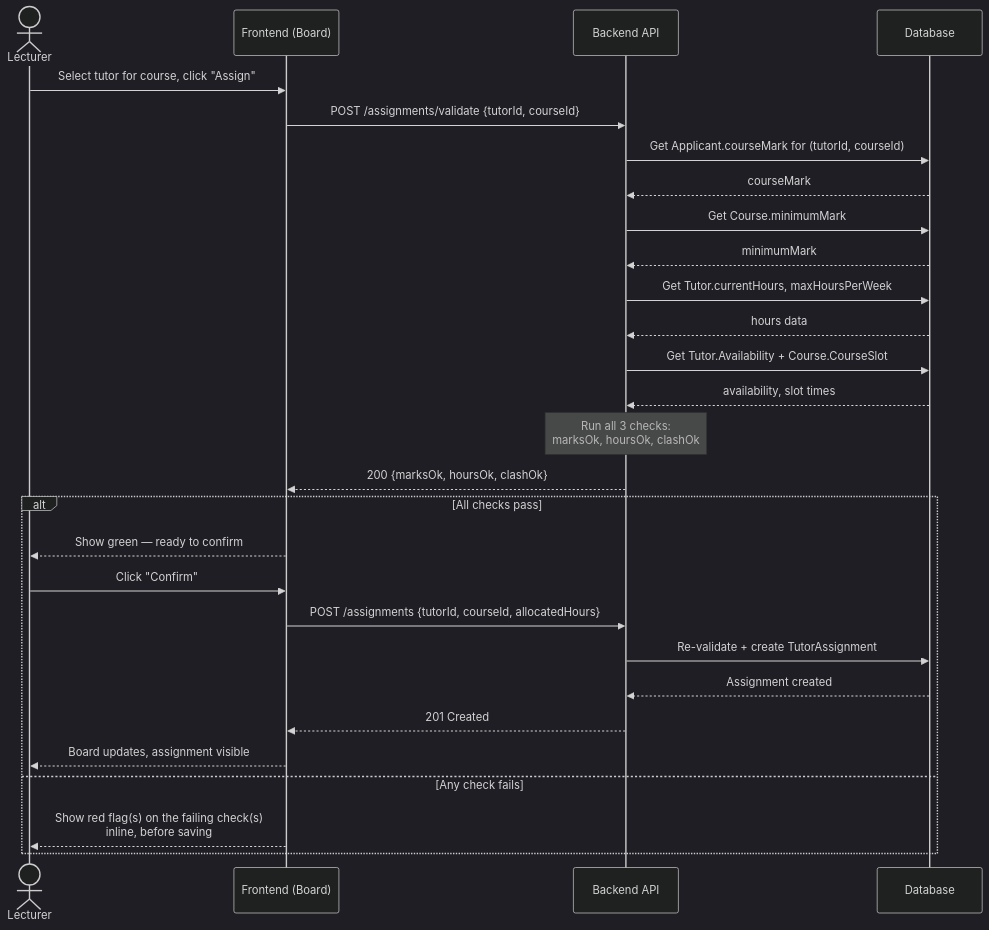
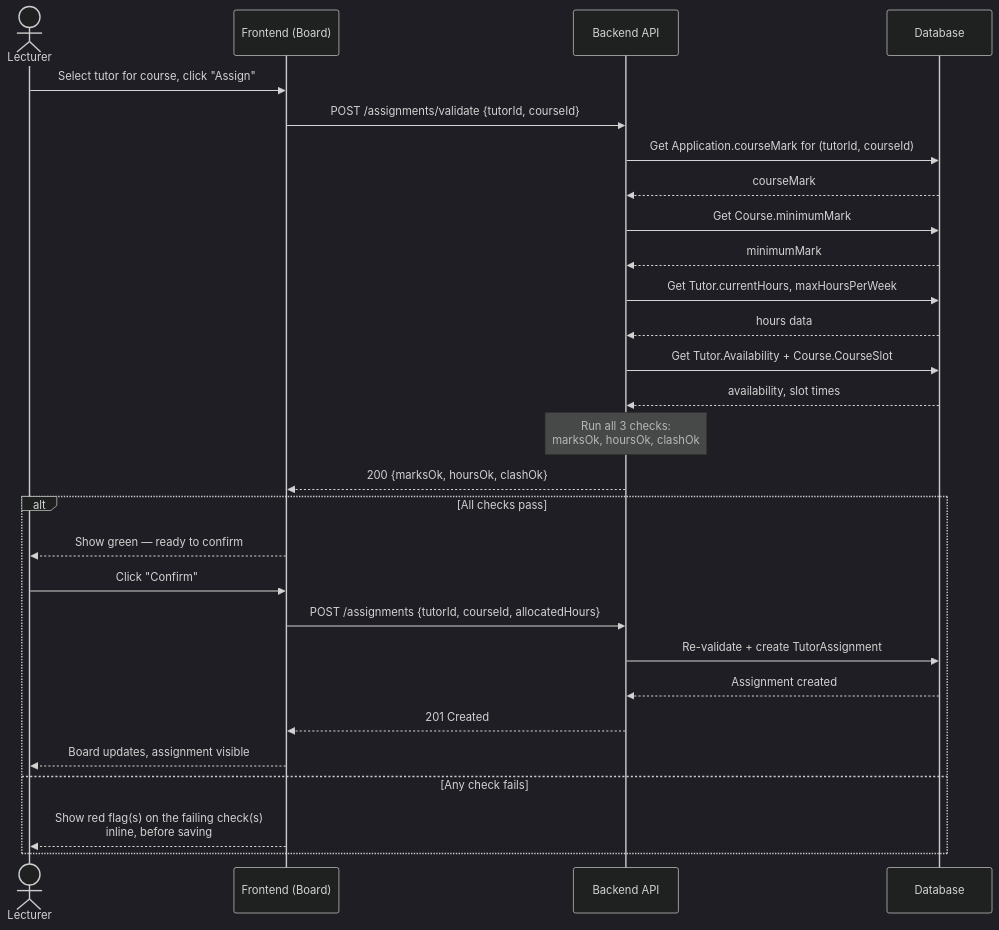
One commit to kompile-n-konquer/Tutor-Management-System changed the diagram in docs/docs/diagrams/sequence-diagram.md. Above: the diagram before and after it, drawn with Mermaid (dark theme). The commit also changed 20 other files, not shown here.

````diff
--- a/docs/docs/diagrams/sequence-diagram.md
+++ b/docs/docs/diagrams/sequence-diagram.md
@@ -9,37 +9,37 @@
 ```mermaid
 sequenceDiagram
   actor L as Lecturer
   participant FE as Frontend (Board)
   participant BE as Backend API
   participant DB as Database
 
   L->>FE: Select tutor for course, click "Assign"
   FE->>BE: POST /assignments/validate {tutorId, courseId}
 
-  BE->>DB: Get Applicant.courseMark for (tutorId, courseId)
+  BE->>DB: Get Application.courseMark for (tutorId, courseId)
   DB-->>BE: courseMark
   BE->>DB: Get Course.minimumMark
   DB-->>BE: minimumMark
 
   BE->>DB: Get Tutor.currentHours, maxHoursPerWeek
   DB-->>BE: hours data
 
   BE->>DB: Get Tutor.Availability + Course.CourseSlot
   DB-->>BE: availability, slot times
 
   Note over BE: Run all 3 checks:<br/>marksOk, hoursOk, clashOk
 
   BE-->>FE: 200 {marksOk, hoursOk, clashOk}
 
   alt All checks pass
     FE-->>L: Show green — ready to confirm
     L->>FE: Click "Confirm"
     FE->>BE: POST /assignments {tutorId, courseId, allocatedHours}
     BE->>DB: Re-validate + create TutorAssignment
     DB-->>BE: Assignment created
     BE-->>FE: 201 Created
     FE-->>L: Board updates, assignment visible
   else Any check fails
     FE-->>L: Show red flag(s) on the failing check(s)<br/>inline, before saving
   end
 ```
````
